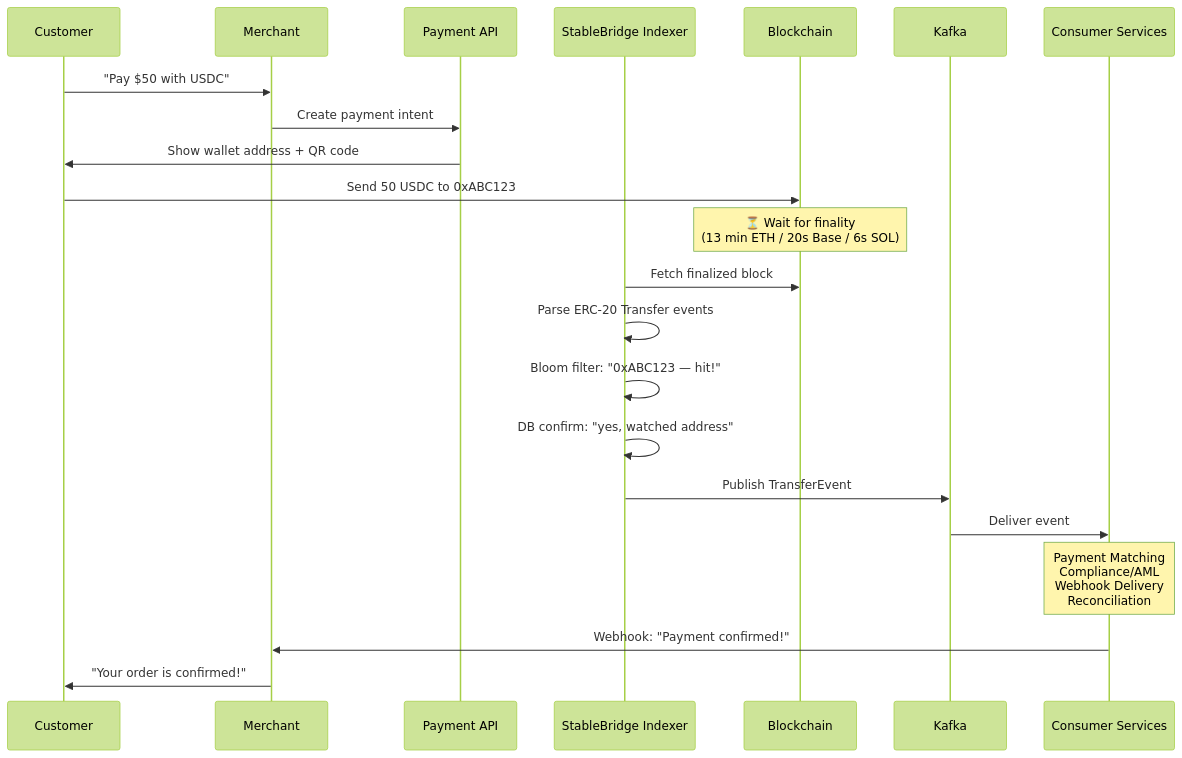
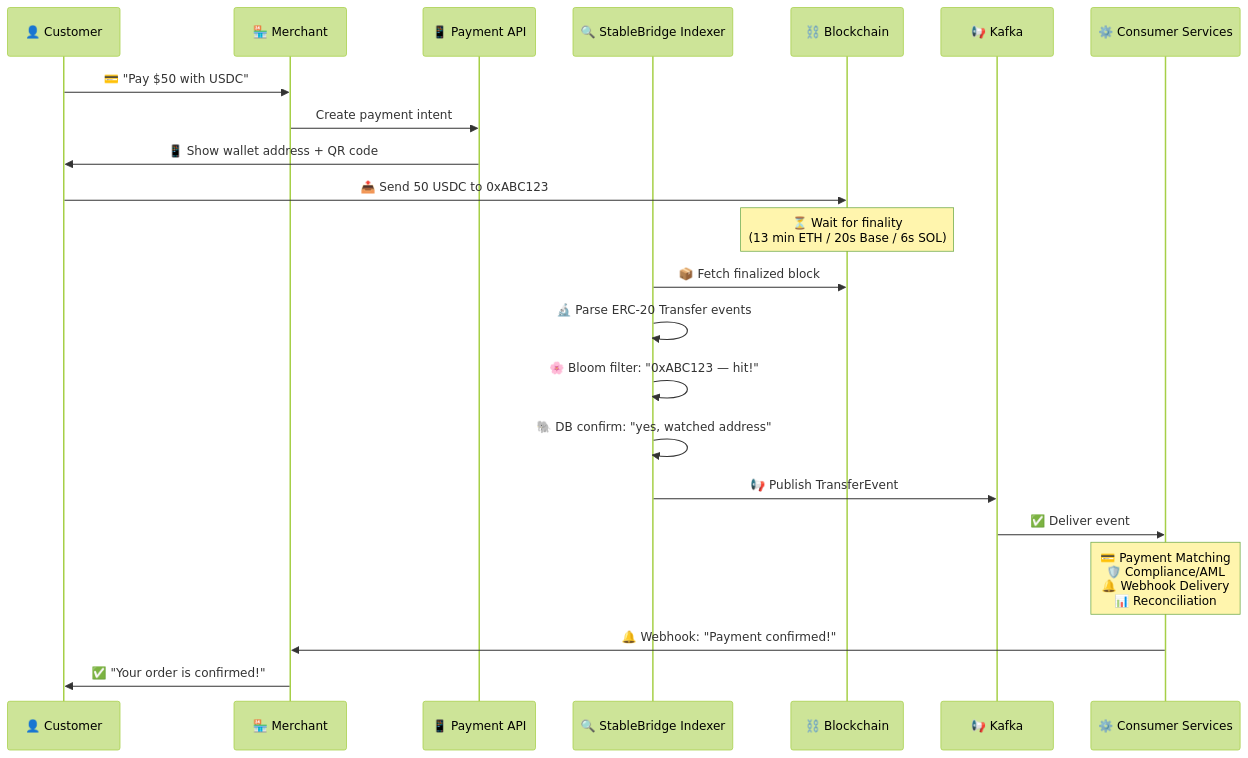
Before and after one commit to Puneethkumarck/stablebridge-indexer: the sixth of 9 diagrams in README.md, drawn with Mermaid (forest theme). The commit also changed other lines of this file, not shown here.

````diff
--- a/README.md
+++ b/README.md
@@ -286,31 +340,31 @@
 ```mermaid
 sequenceDiagram
-    participant Customer
-    participant Merchant
-    participant PaymentAPI as Payment API
-    participant Indexer as StableBridge Indexer
-    participant Blockchain
-    participant Kafka
-    participant Consumers as Consumer Services
+    participant Customer as 👤 Customer
+    participant Merchant as 🏪 Merchant
+    participant PaymentAPI as 📱 Payment API
+    participant Indexer as 🔍 StableBridge Indexer
+    participant Blockchain as ⛓️ Blockchain
+    participant Kafka as 📢 Kafka
+    participant Consumers as ⚙️ Consumer Services
 
-    Customer->>Merchant: "Pay $50 with USDC"
+    Customer->>Merchant: 💳 "Pay $50 with USDC"
     Merchant->>PaymentAPI: Create payment intent
-    PaymentAPI->>Customer: Show wallet address + QR code
+    PaymentAPI->>Customer: 📱 Show wallet address + QR code
 
-    Customer->>Blockchain: Send 50 USDC to 0xABC123
+    Customer->>Blockchain: 📤 Send 50 USDC to 0xABC123
 
     Note over Blockchain: ⏳ Wait for finality<br/>(13 min ETH / 20s Base / 6s SOL)
 
-    Indexer->>Blockchain: Fetch finalized block
-    Indexer->>Indexer: Parse ERC-20 Transfer events
-    Indexer->>Indexer: Bloom filter: "0xABC123 — hit!"
-    Indexer->>Indexer: DB confirm: "yes, watched address"
-    Indexer->>Kafka: Publish TransferEvent
+    Indexer->>Blockchain: 📦 Fetch finalized block
+    Indexer->>Indexer: 🔬 Parse ERC-20 Transfer events
+    Indexer->>Indexer: 🌸 Bloom filter: "0xABC123 — hit!"
+    Indexer->>Indexer: 🐘 DB confirm: "yes, watched address"
+    Indexer->>Kafka: 📢 Publish TransferEvent
 
-    Kafka->>Consumers: Deliver event
+    Kafka->>Consumers: ✅ Deliver event
 
-    Note over Consumers: Payment Matching<br/>Compliance/AML<br/>Webhook Delivery<br/>Reconciliation
+    Note over Consumers: 💳 Payment Matching<br/>🛡️ Compliance/AML<br/>🔔 Webhook Delivery<br/>📊 Reconciliation
 
-    Consumers->>Merchant: Webhook: "Payment confirmed!"
-    Merchant->>Customer: "Your order is confirmed!"
+    Consumers->>Merchant: 🔔 Webhook: "Payment confirmed!"
+    Merchant->>Customer: ✅ "Your order is confirmed!"
 ```
````
